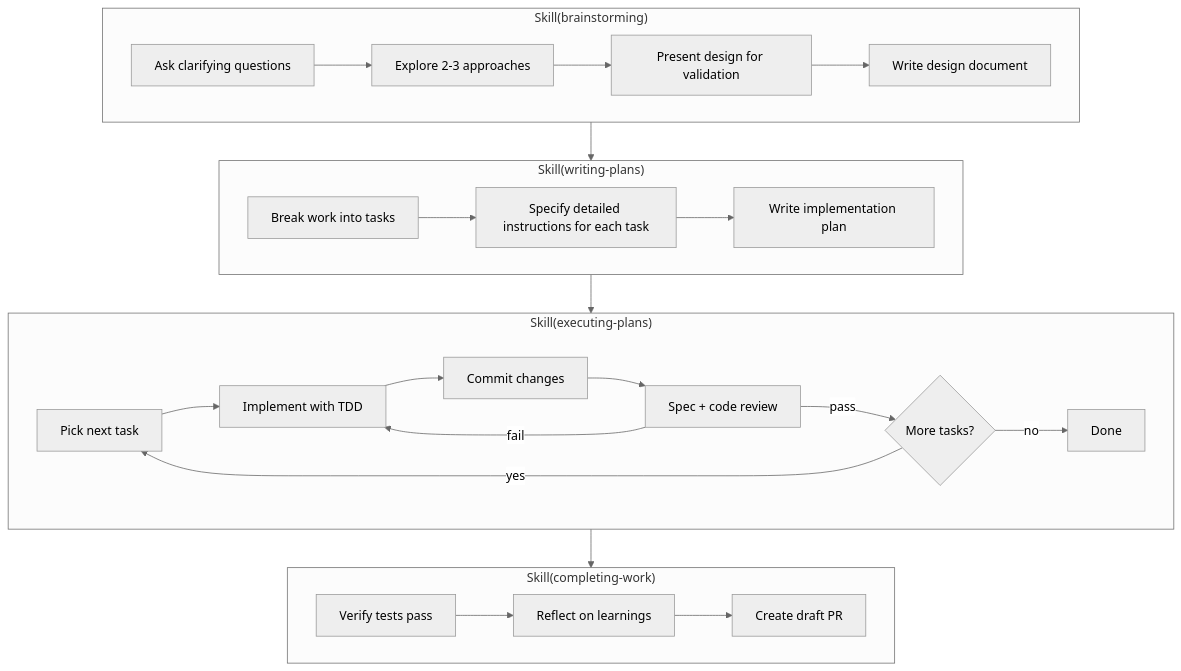
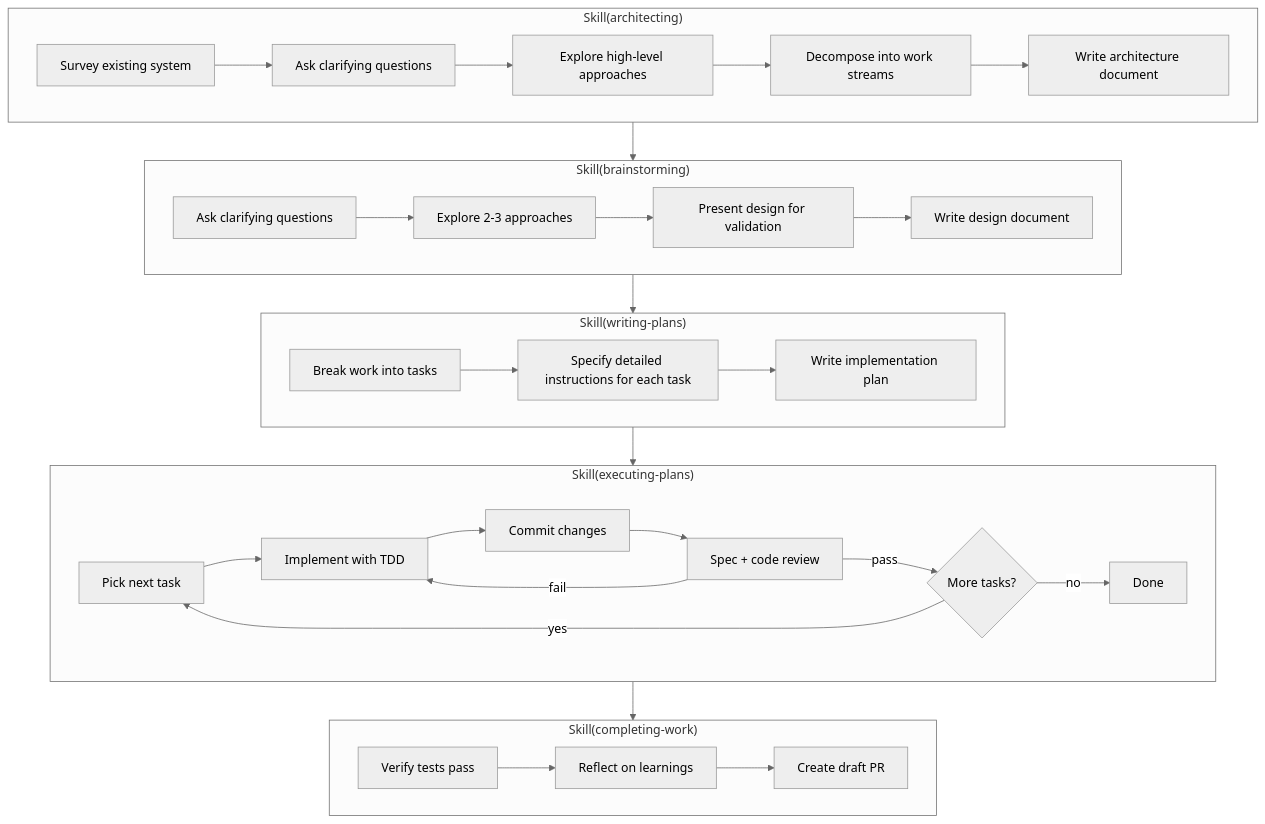
One commit to averycrespi/claudefiles changed the diagram in README.md. Above: the diagram before and after it, drawn with Mermaid (neutral theme). The commit also changed other lines of this file and 2 other files, not shown here.

Commit message:
feat: add architecting skill for high-level problem space exploration
New workflow skill that sits before brainstorming in the structured
development workflow. Explores large sets of changes through Socratic
dialogue, maps system interactions and trade-offs, and decomposes work
into discrete streams that each feed into a brainstorm/design session.

````diff
--- a/README.md
+++ b/README.md
@@ -37,30 +37,37 @@
 ```mermaid
 flowchart TD
+    subgraph Architecting["Skill(architecting)"]
+        A1[Survey existing system] --> A2[Ask clarifying questions]
+        A2 --> A3[Explore high-level approaches]
+        A3 --> A4[Decompose into work streams]
+        A4 --> A5[Write architecture document]
+    end
+
     subgraph Brainstorming["Skill(brainstorming)"]
         B1[Ask clarifying questions] --> B2[Explore 2-3 approaches]
         B2 --> B3[Present design for validation]
         B3 --> B4[Write design document]
     end
 
     subgraph Planning["Skill(writing-plans)"]
         P1[Break work into tasks] --> P2[Specify detailed instructions for each task]
         P2 --> P3[Write implementation plan]
     end
 
     subgraph Executing["Skill(executing-plans)"]
         E1[Pick next task] --> E2[Implement with TDD]
         E2 --> E3[Commit changes]
         E3 --> E4[Spec + code review]
         E4 -->|fail| E2
         E4 -->|pass| E5{More tasks?}
         E5 -->|yes| E1
         E5 -->|no| E6[Done]
     end
 
     subgraph Completing["Skill(completing-work)"]
         C1[Verify tests pass] --> C2[Reflect on learnings]
         C2 --> C3[Create draft PR]
     end
 
-    Brainstorming --> Planning --> Executing --> Completing
+    Architecting --> Brainstorming --> Planning --> Executing --> Completing
 ```
````
